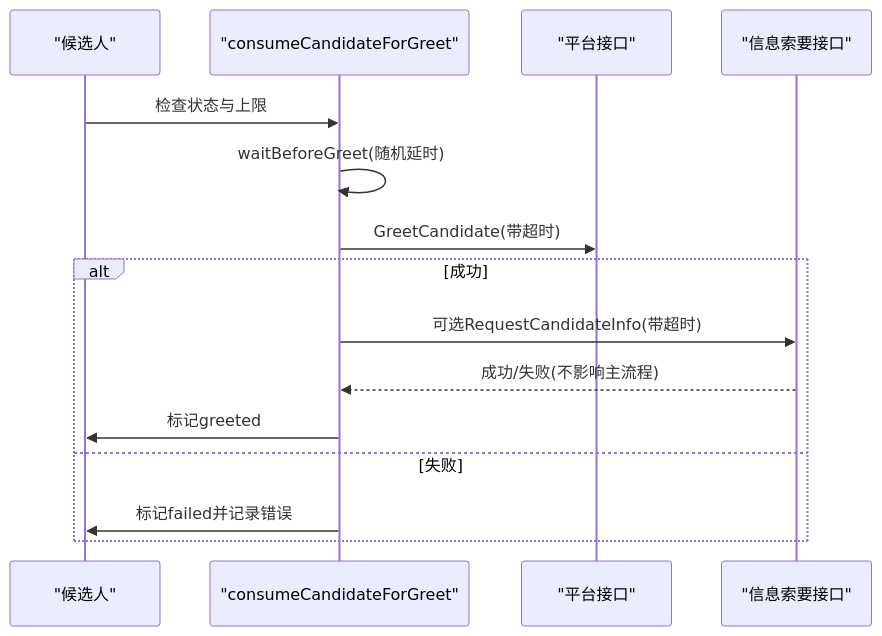
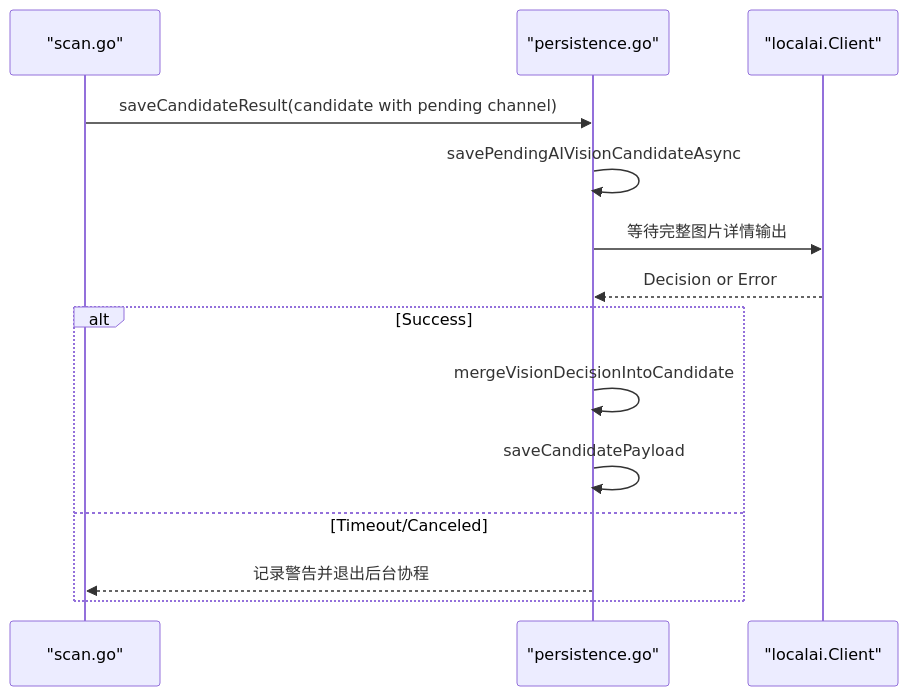
The seventh of 8 diagrams in .qoder/repowiki/zh/content/本地执行器/任务调度/执行管道.md (alvinwangzi/goodhr), drawn with Mermaid before and after one commit. The commit also changed other lines of this file and 149 other files, not shown here.

````diff
--- a/.qoder/repowiki/zh/content/本地执行器/任务调度/执行管道.md
+++ b/.qoder/repowiki/zh/content/本地执行器/任务调度/执行管道.md
@@ -300,17 +286,16 @@
 ```mermaid
 sequenceDiagram
-participant Candidate as "候选人"
-participant Greet as "consumeCandidateForGreet"
-participant Platform as "平台接口"
-participant Request as "信息索要接口"
-Candidate->>Greet : 检查状态与上限
-Greet->>Greet : waitBeforeGreet(随机延时)
-Greet->>Platform : GreetCandidate(带超时)
-alt 成功
-Greet->>Request : 可选RequestCandidateInfo(带超时)
-Request-->>Greet : 成功/失败(不影响主流程)
-Greet->>Candidate : 标记greeted
-else 失败
-Greet->>Candidate : 标记failed并记录错误
+participant S as "scan.go"
+participant PS as "persistence.go"
+participant AI as "localai.Client"
+S->>PS : saveCandidateResult(candidate with pending channel)
+PS->>PS : savePendingAIVisionCandidateAsync
+PS->>AI : 等待完整图片详情输出
+AI-->>PS : Decision or Error
+alt Success
+PS->>PS : mergeVisionDecisionIntoCandidate
+PS->>PS : saveCandidatePayload
+else Timeout/Canceled
+PS-->>S : 记录警告并退出后台协程
 end
 ```
````
